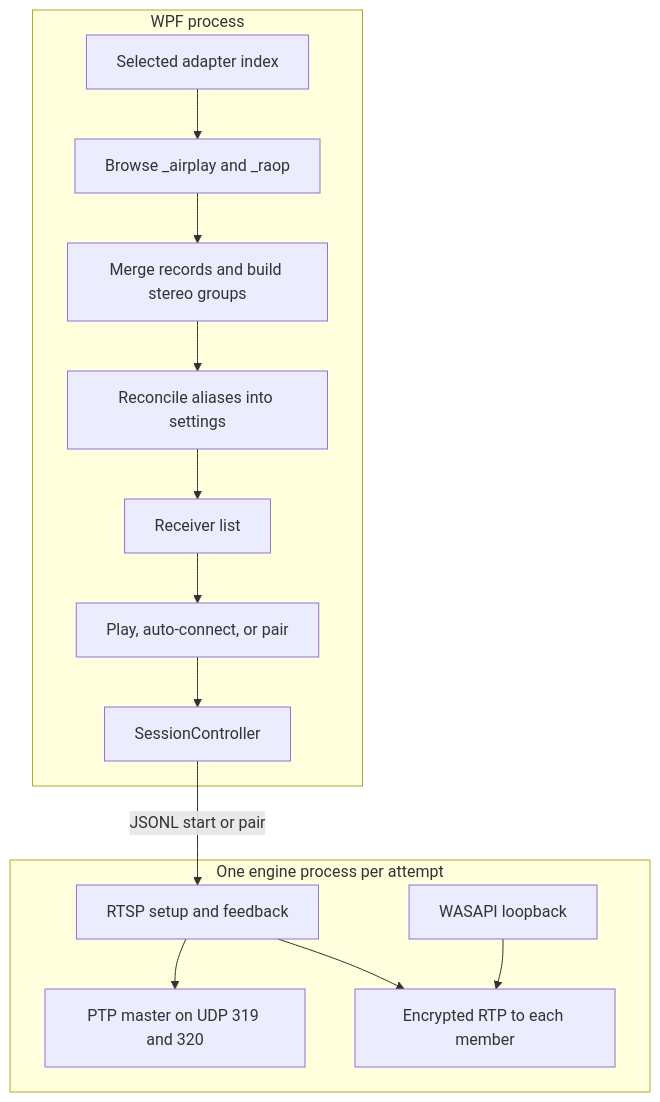
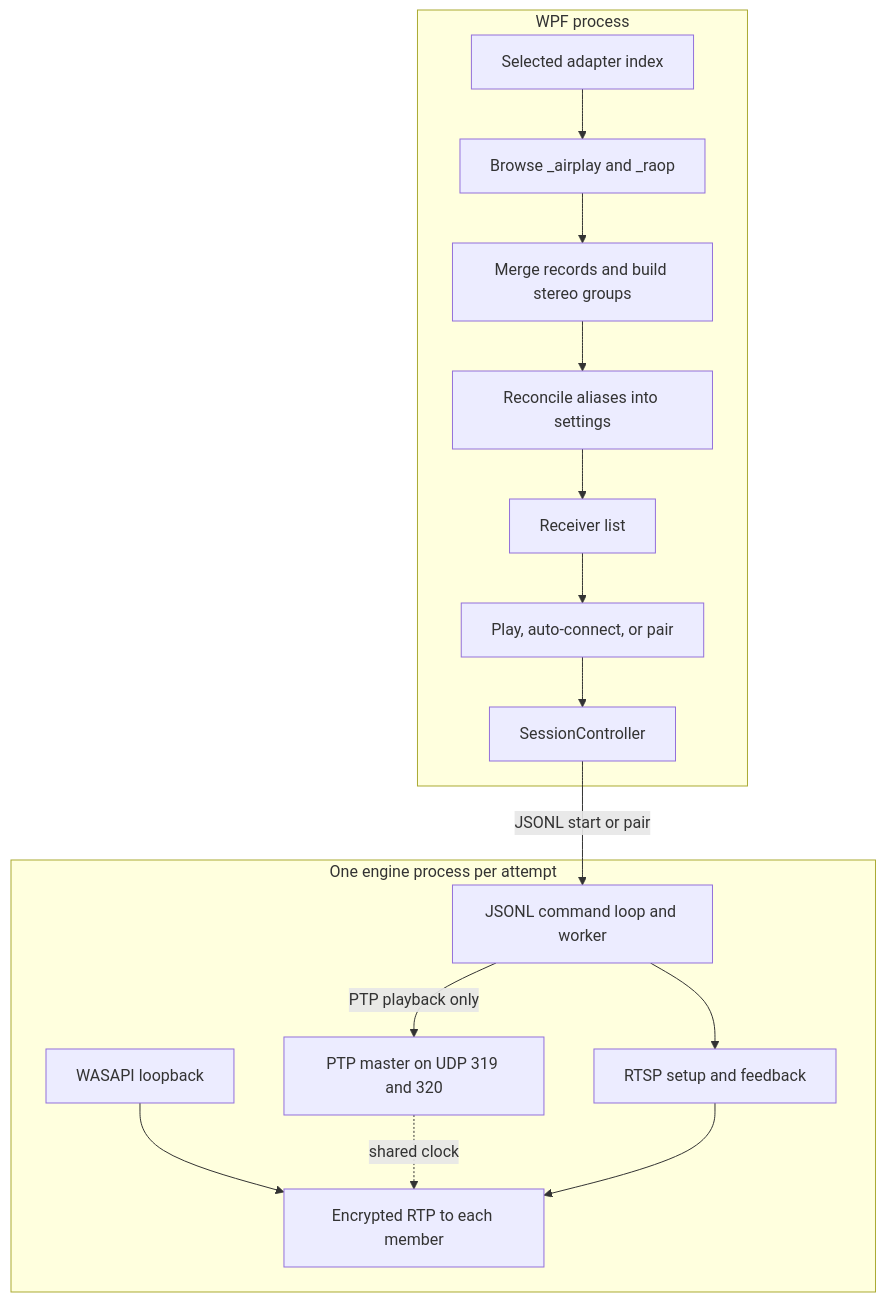
Before and after one commit to ThatMarko/AirFlash: the diagram in docs/analysis/README.md, drawn with Mermaid. The commit also changed other lines of this file and 48 other files, not shown here.

First line of the commit message:
docs: audit architecture analysis and re-triage issues

````diff
--- a/docs/analysis/README.md
+++ b/docs/analysis/README.md
@@ -27,23 +32,26 @@
 ```mermaid
 flowchart TD
   subgraph desktop [WPF process]
     NIC[Selected adapter index]
     DNS[Browse _airplay and _raop]
     AGG[Merge records and build stereo groups]
     CAT[Reconcile aliases into settings]
     UI[Receiver list]
     GATE[Play, auto-connect, or pair]
     SESS[SessionController]
   end
   subgraph engine [One engine process per attempt]
+    CMD[JSONL command loop and worker]
     RTSP[RTSP setup and feedback]
     PTP[PTP master on UDP 319 and 320]
     RTP[Encrypted RTP to each member]
     CAP[WASAPI loopback]
   end
   NIC --> DNS --> AGG --> CAT --> UI --> GATE --> SESS
-  SESS -->|JSONL start or pair| RTSP
+  SESS -->|JSONL start or pair| CMD
+  CMD --> RTSP
+  CMD -->|PTP playback only| PTP
   CAP --> RTP
-  RTSP --> PTP
+  PTP -. shared clock .-> RTP
   RTSP --> RTP
 ```
````
